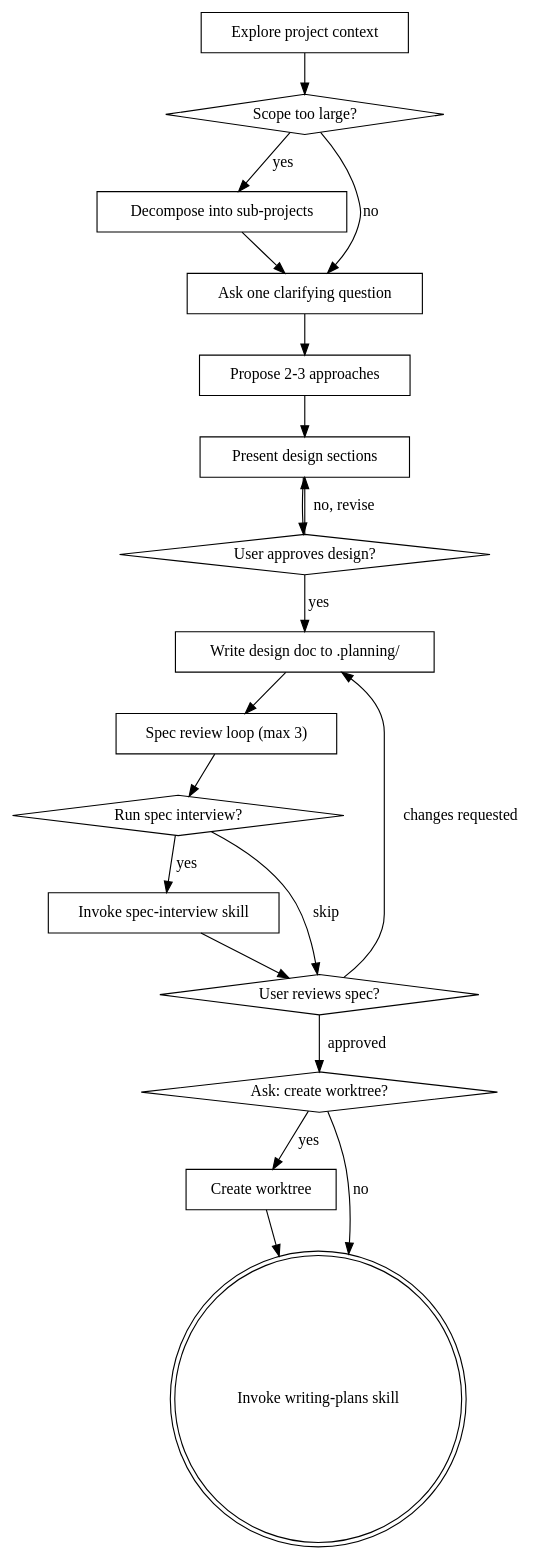
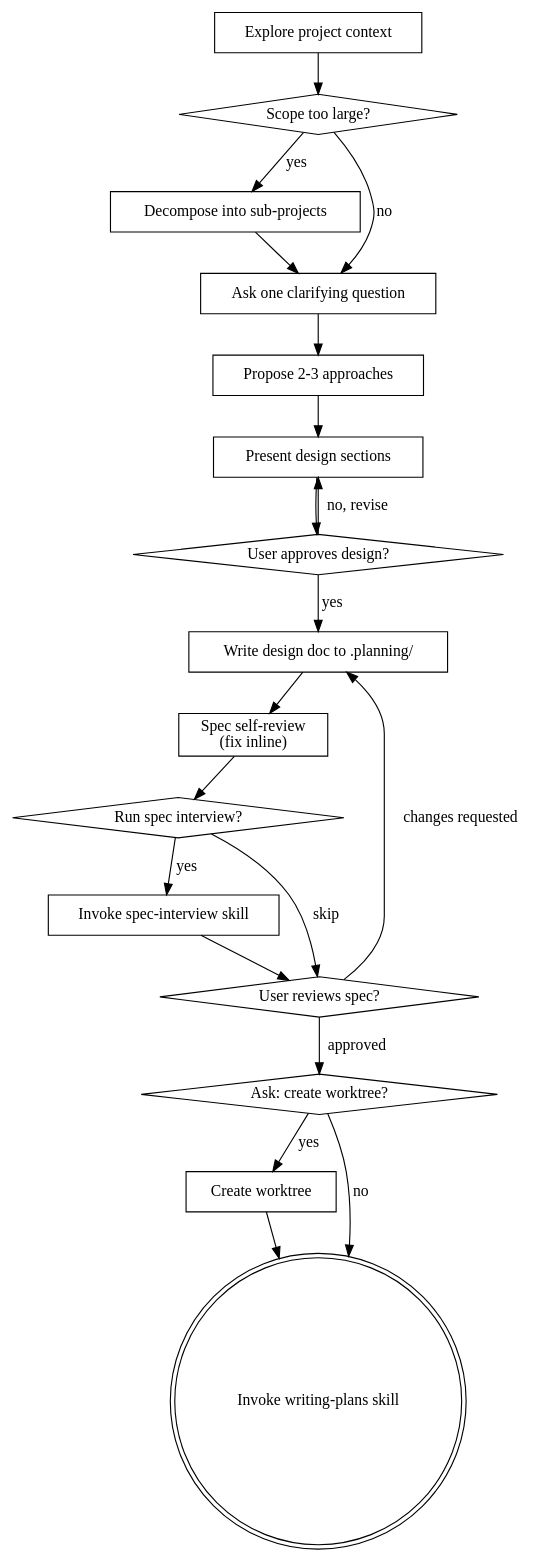
The diagram in skills/brainstorming/SKILL.md (SipengXie2024/superpower-planning), drawn with Graphviz before and after one commit. The commit also changed other lines of this file and 1 other file, not shown here.

First line of the commit message:
feat: replace subagent review loops with inline self-review

````diff
--- a/skills/brainstorming/SKILL.md
+++ b/skills/brainstorming/SKILL.md
@@ -40,39 +40,39 @@
 ```dot
 digraph brainstorming {
     "Explore project context" [shape=box];
     "Scope too large?" [shape=diamond];
     "Decompose into sub-projects" [shape=box];
     "Ask one clarifying question" [shape=box];
     "Propose 2-3 approaches" [shape=box];
     "Present design sections" [shape=box];
     "User approves design?" [shape=diamond];
     "Write design doc to .planning/" [shape=box];
-    "Spec review loop (max 3)" [shape=box];
+    "Spec self-review\n(fix inline)" [shape=box];
     "Run spec interview?" [shape=diamond];
     "Invoke spec-interview skill" [shape=box];
     "User reviews spec?" [shape=diamond];
     "Ask: create worktree?" [shape=diamond];
     "Create worktree" [shape=box];
     "Invoke writing-plans skill" [shape=doublecircle];
 
     "Explore project context" -> "Scope too large?";
     "Scope too large?" -> "Decompose into sub-projects" [label="yes"];
     "Scope too large?" -> "Ask one clarifying question" [label="no"];
     "Decompose into sub-projects" -> "Ask one clarifying question";
     "Ask one clarifying question" -> "Propose 2-3 approaches";
     "Propose 2-3 approaches" -> "Present design sections";
     "Present design sections" -> "User approves design?";
     "User approves design?" -> "Present design sections" [label="no, revise"];
     "User approves design?" -> "Write design doc to .planning/" [label="yes"];
-    "Write design doc to .planning/" -> "Spec review loop (max 3)";
-    "Spec review loop (max 3)" -> "Run spec interview?";
+    "Write design doc to .planning/" -> "Spec self-review\n(fix inline)";
+    "Spec self-review\n(fix inline)" -> "Run spec interview?";
     "Run spec interview?" -> "Invoke spec-interview skill" [label="yes"];
     "Run spec interview?" -> "User reviews spec?" [label="skip"];
     "Invoke spec-interview skill" -> "User reviews spec?";
     "User reviews spec?" -> "Write design doc to .planning/" [label="changes requested"];
     "User reviews spec?" -> "Ask: create worktree?" [label="approved"];
     "Ask: create worktree?" -> "Create worktree" [label="yes"];
     "Ask: create worktree?" -> "Invoke writing-plans skill" [label="no"];
     "Create worktree" -> "Invoke writing-plans skill";
 }
 ```
````
